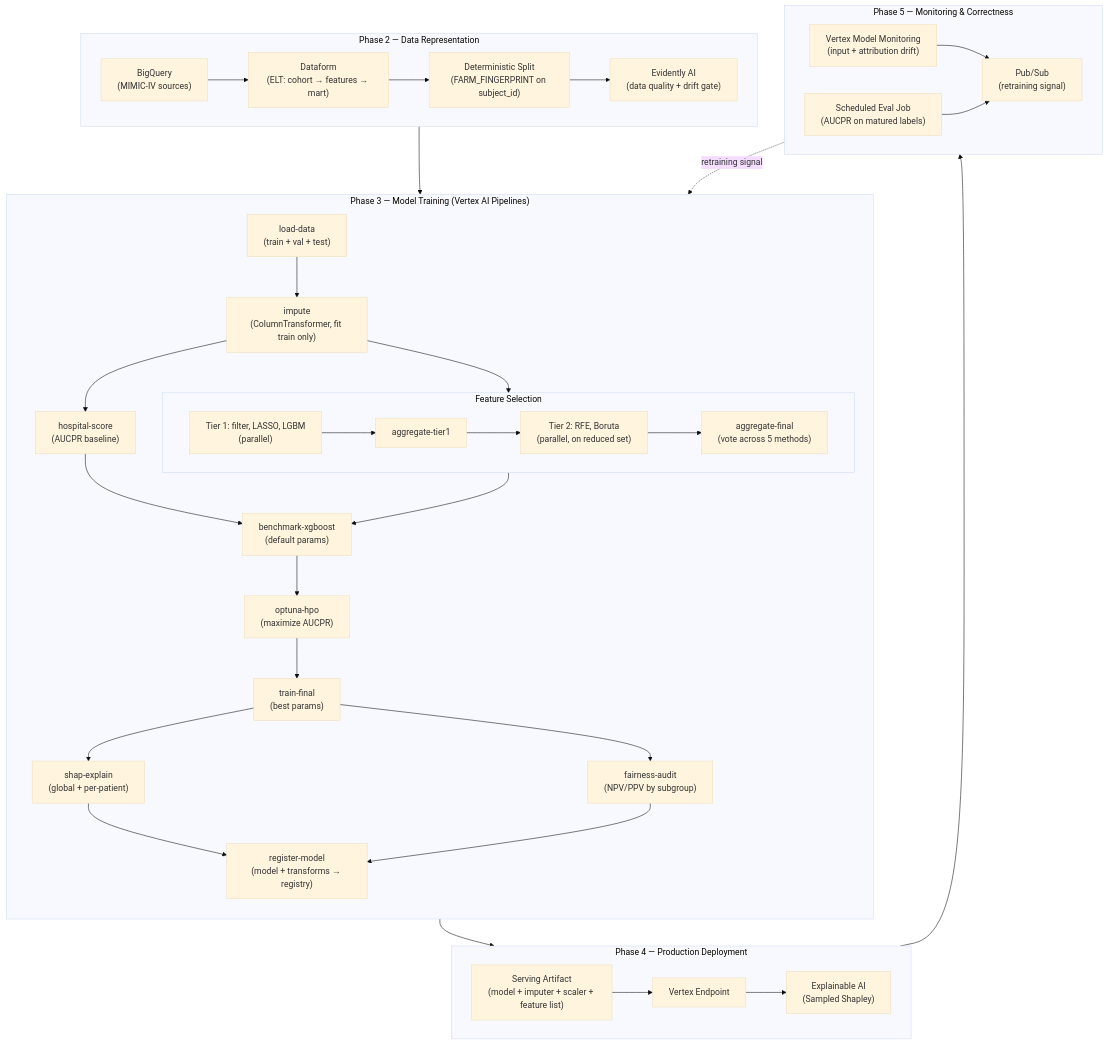
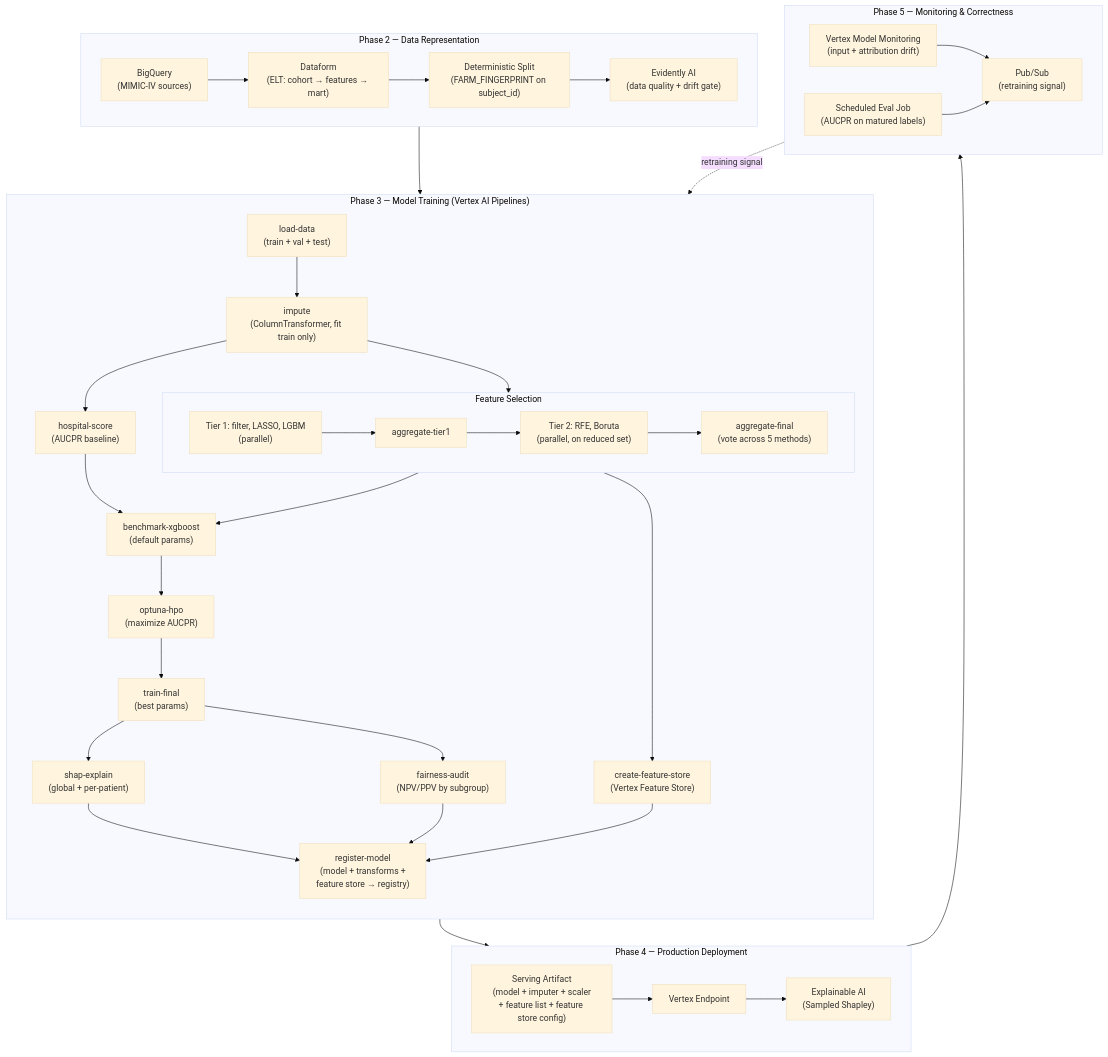
Before and after one commit to DanHerman212/enterprise_clinical_copilot: the diagram in projects/mlops/docs/architecture.md, drawn with Mermaid (base theme). The commit also changed other lines of this file and 1 other file, not shown here.

Commit message:
updated architecture and workflow

````diff
--- a/projects/mlops/docs/architecture.md
+++ b/projects/mlops/docs/architecture.md
@@ -7,66 +7,69 @@
 ```mermaid
 flowchart TB
     subgraph P2["Phase 2 — Data Representation"]
         direction LR
         BQ["BigQuery<br/>(MIMIC-IV sources)"]
         DF["Dataform<br/>(ELT: cohort → features → mart)"]
         SPLIT["Deterministic Split<br/>(FARM_FINGERPRINT on subject_id)"]
         EV["Evidently AI<br/>(data quality + drift gate)"]
         BQ --> DF --> SPLIT --> EV
     end
 
     subgraph P3["Phase 3 — Model Training (Vertex AI Pipelines)"]
         direction TB
         LOAD["load-data<br/>(train + val + test)"]
         IMPUTE["impute<br/>(ColumnTransformer, fit train only)"]
 
         subgraph FS["Feature Selection"]
             TIER1["Tier 1: filter, LASSO, LGBM<br/>(parallel)"]
             AGG1["aggregate-tier1"]
             TIER2["Tier 2: RFE, Boruta<br/>(parallel, on reduced set)"]
             AGG2["aggregate-final<br/>(vote across 5 methods)"]
             TIER1 --> AGG1 --> TIER2 --> AGG2
         end
 
         HOSPITAL["hospital-score<br/>(AUCPR baseline)"]
         BENCH["benchmark-xgboost<br/>(default params)"]
         HPO["optuna-hpo<br/>(maximize AUCPR)"]
         TRAIN["train-final<br/>(best params)"]
+        FS_STORE["create-feature-store<br/>(Vertex Feature Store)"]
         SHAP["shap-explain<br/>(global + per-patient)"]
         FAIRNESS["fairness-audit<br/>(NPV/PPV by subgroup)"]
-        REG["register-model<br/>(model + transforms → registry)"]
+        REG["register-model<br/>(model + transforms +<br/>feature store → registry)"]
 
         LOAD --> IMPUTE
         IMPUTE --> FS
         IMPUTE --> HOSPITAL
         FS --> BENCH
+        FS --> FS_STORE
         HOSPITAL --> BENCH
         BENCH --> HPO --> TRAIN
         TRAIN --> SHAP
         TRAIN --> FAIRNESS
         SHAP --> REG
         FAIRNESS --> REG
+        FS_STORE --> REG
     end
 
     subgraph P4["Phase 4 — Production Deployment"]
         direction LR
-        ART["Serving Artifact<br/>(model + imputer + scaler + feature list)"]
+        ART["Serving Artifact<br/>(model + imputer + scaler<br/>+ feature list + feature store config)"]
         EP["Vertex Endpoint"]
         XAI["Explainable AI<br/>(Sampled Shapley)"]
         ART --> EP --> XAI
     end
 
     subgraph P5["Phase 5 — Monitoring & Correctness"]
         direction LR
         MON["Vertex Model Monitoring<br/>(input + attribution drift)"]
         EVAL["Scheduled Eval Job<br/>(AUCPR on matured labels)"]
         PS["Pub/Sub<br/>(retraining signal)"]
         MON --> PS
         EVAL --> PS
     end
 
     P2 --> P3
     P3 --> P4
     P4 --> P5
     P5 -.retraining signal.-> P3
 ```
````
